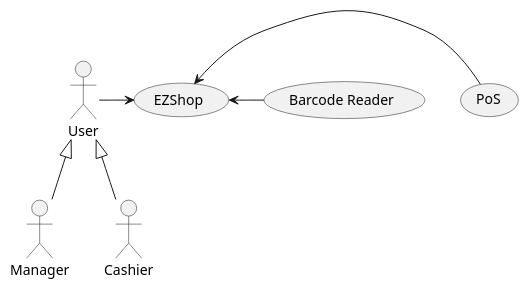
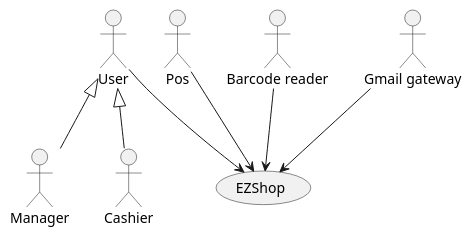
The diagram in Deliverables/RequirementsDocument.md (giuseppesalvi/ezshop), drawn with PlantUML before and after one commit. The commit also changed other lines of this file, not shown here.

Commit message:
Update RequirementsDocument.md revision of Stakeholders, Context Diagram, Interfaces, FR and NFR

````diff
--- a/Deliverables/RequirementsDocument.md
+++ b/Deliverables/RequirementsDocument.md
@@ -55,10 +57,14 @@
 ```plantuml
 actor Manager as a
 actor Cashier as o
 actor User as u
+actor Pos as p
+actor "Barcode reader" as b
+actor "Gmail gateway" as g
 a -up-|> u
 o -up-|> u
-u -> (EZShop)
-(EZShop) <- (PoS)
-(EZShop) <- (Barcode Reader)
+u --> (EZShop)
+p --> (EZShop)
+b --> (EZShop)
+g --> (EZShop)
 ```
````
